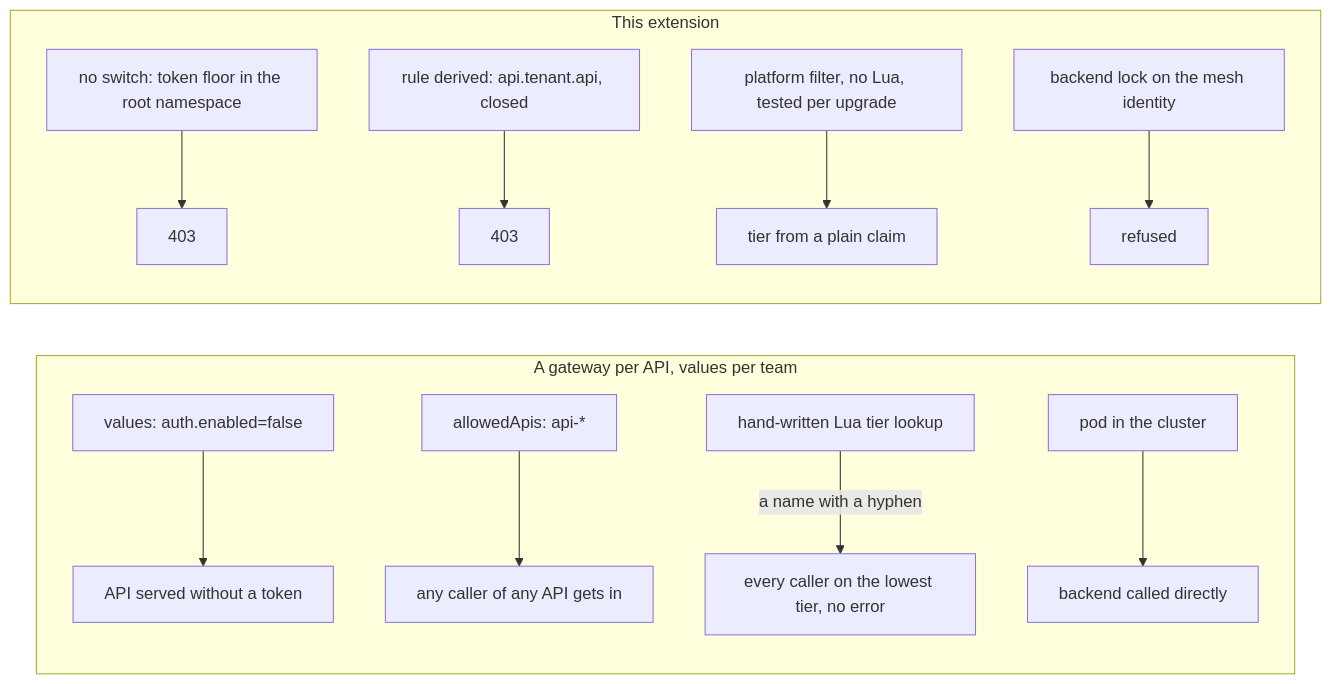
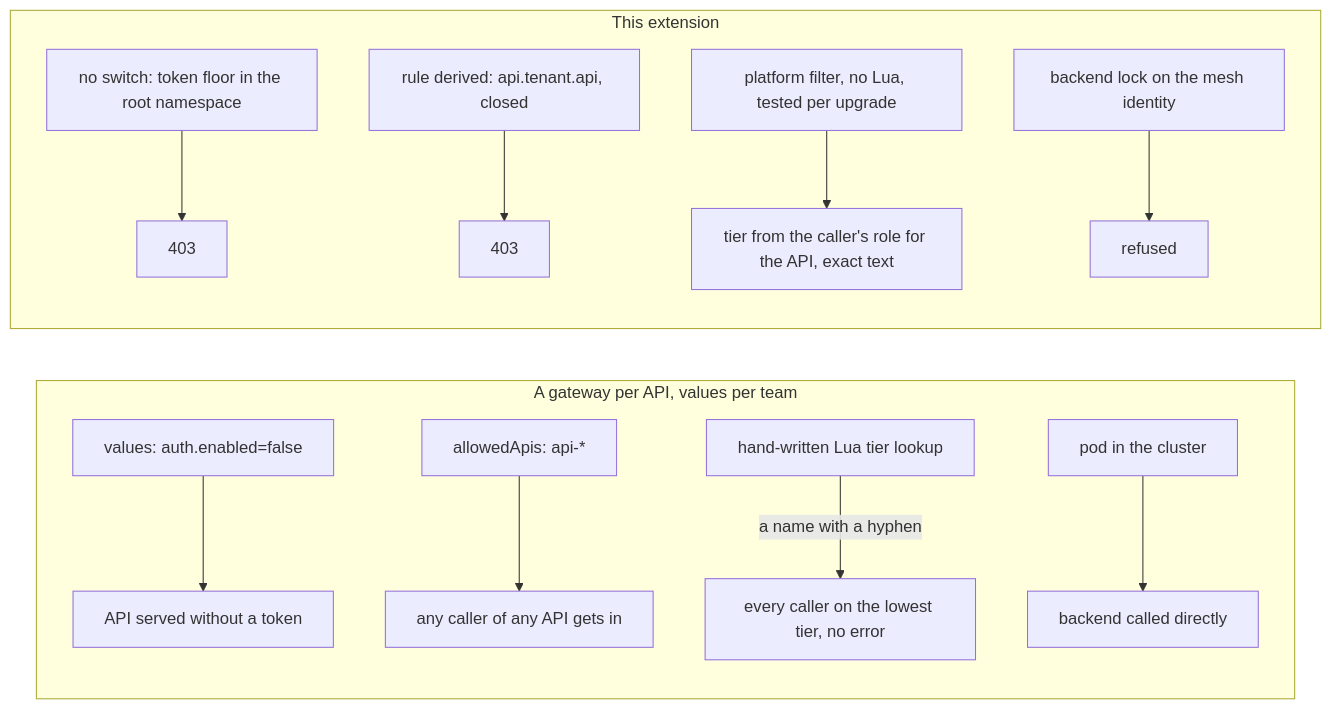
One commit to stakater/mto-extension-api-gateway changed the sixth of 6 diagrams in docs/diagrams.md. Above: the diagram before and after it, drawn with Mermaid. The commit also changed other lines of this file and 29 other files, not shown here.

````diff
--- a/docs/diagrams.md
+++ b/docs/diagrams.md
@@ -155,15 +155,15 @@
 ```mermaid
 flowchart LR
   subgraph before[A gateway per API, values per team]
     v1[values: auth.enabled=false] --> open1[API served without a token]
     v2[allowedApis: api-*] --> open2[any caller of any API gets in]
     ef[hand-written Lua tier lookup] -->|a name with a hyphen| open3[every caller on the lowest tier, no error]
     pod[pod in the cluster] --> open4[backend called directly]
   end
   subgraph after[This extension]
     a1[no switch: token floor in the root namespace] --> c1[403]
     a2[rule derived: api.tenant.api, closed] --> c2[403]
-    a3[platform filter, no Lua, tested per upgrade] --> c3[tier from a plain claim]
+    a3[platform filter, no Lua, tested per upgrade] --> c3[tier from the caller's role for the API, exact text]
     a4[backend lock on the mesh identity] --> c4[refused]
   end
 ```
````
